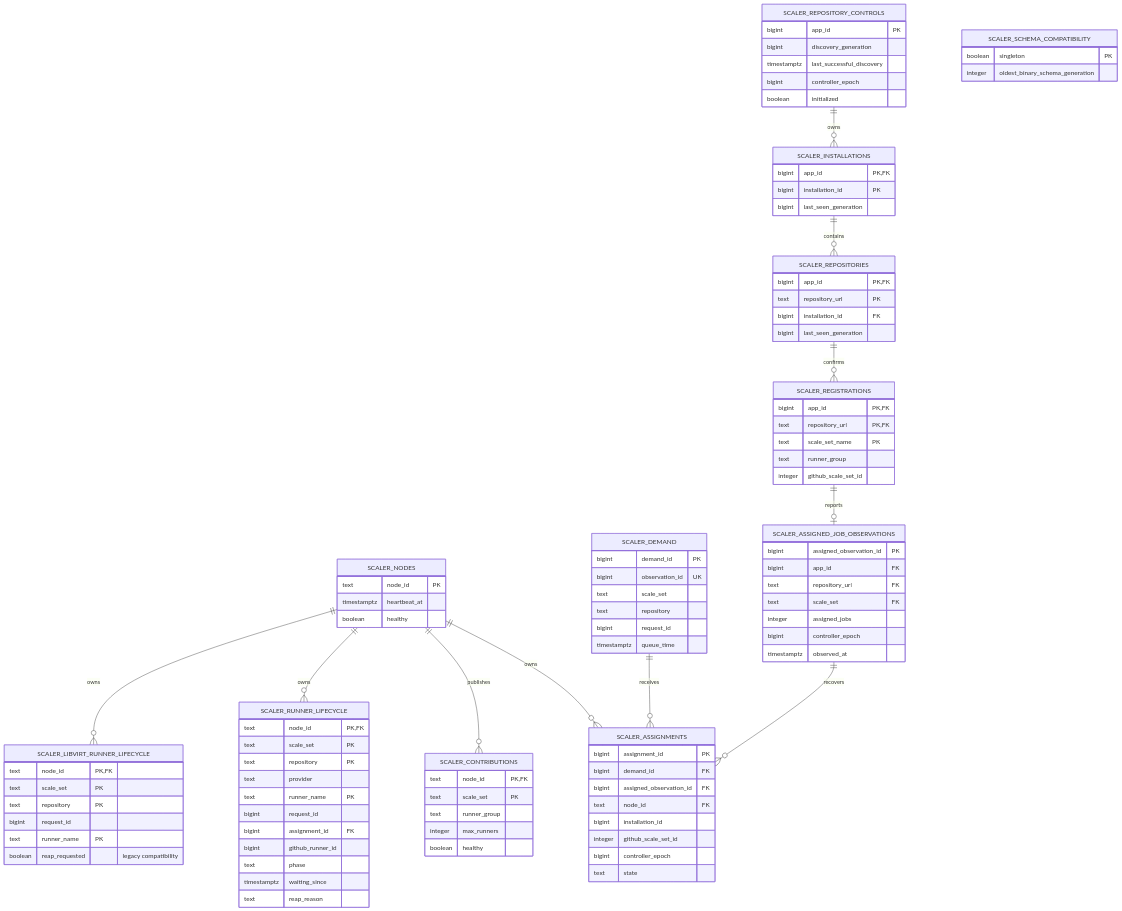
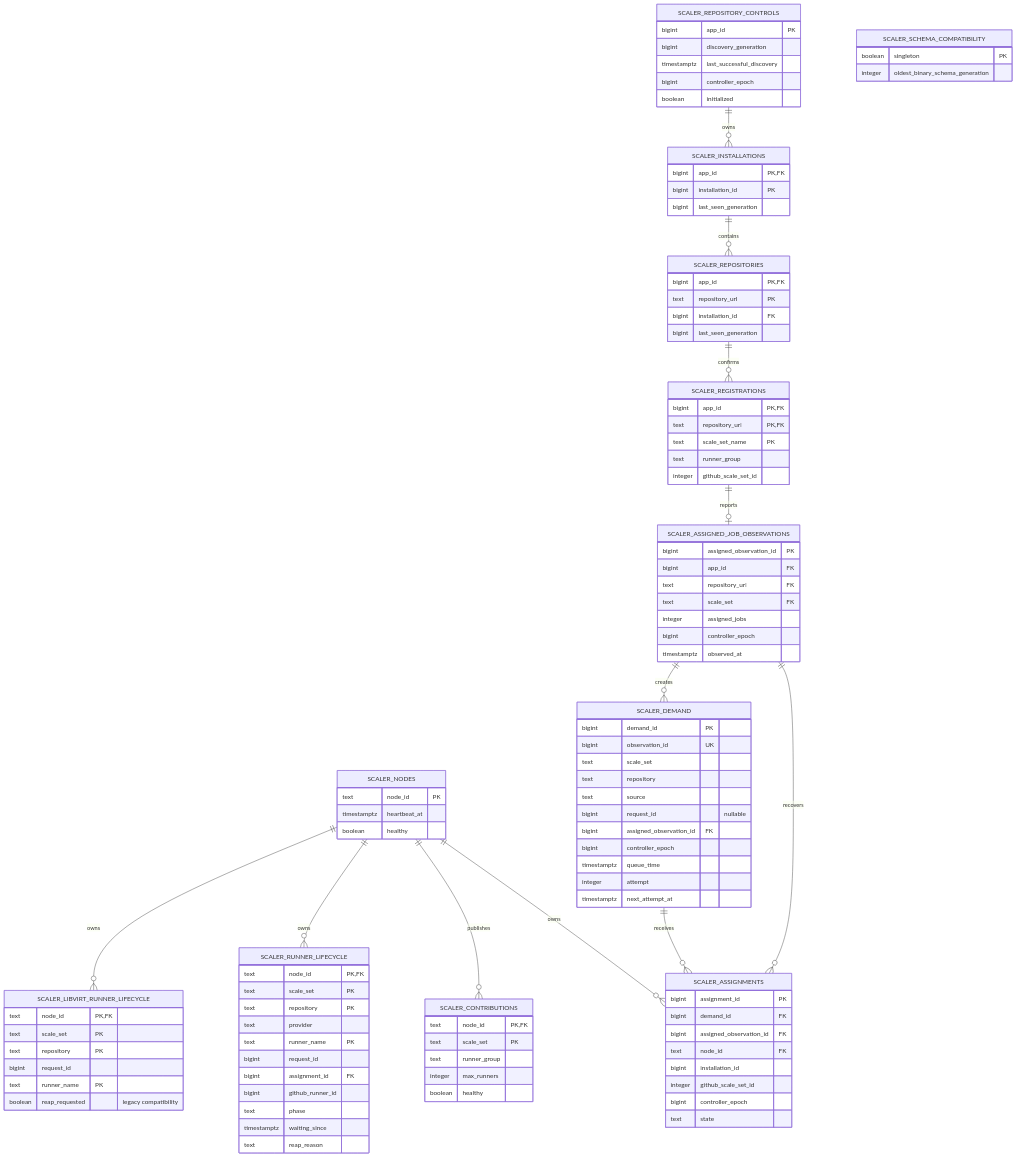
One commit to stateshifters/runnerfoundry changed diagram 11 of 13 in docs/architecture.md. Above: the diagram before and after it, drawn with Mermaid. The commit also changed other lines of this file and 57 other files, not shown here.

```diff
--- a/docs/architecture.md
+++ b/docs/architecture.md
@@ -493,6 +491,7 @@
     SCALER_INSTALLATIONS ||--o{ SCALER_REPOSITORIES : contains
     SCALER_REPOSITORIES ||--o{ SCALER_REGISTRATIONS : confirms
     SCALER_REGISTRATIONS ||--o| SCALER_ASSIGNED_JOB_OBSERVATIONS : reports
+    SCALER_ASSIGNED_JOB_OBSERVATIONS ||--o{ SCALER_DEMAND : creates
     SCALER_ASSIGNED_JOB_OBSERVATIONS ||--o{ SCALER_ASSIGNMENTS : recovers
 
     SCALER_SCHEMA_COMPATIBILITY {
@@ -541,8 +540,13 @@
         bigint observation_id UK
         text scale_set
         text repository
-        bigint request_id
+        text source
+        bigint request_id "nullable"
+        bigint assigned_observation_id FK
+        bigint controller_epoch
         timestamptz queue_time
+        integer attempt
+        timestamptz next_attempt_at
     }
     SCALER_ASSIGNED_JOB_OBSERVATIONS {
         bigint assigned_observation_id PK
```
